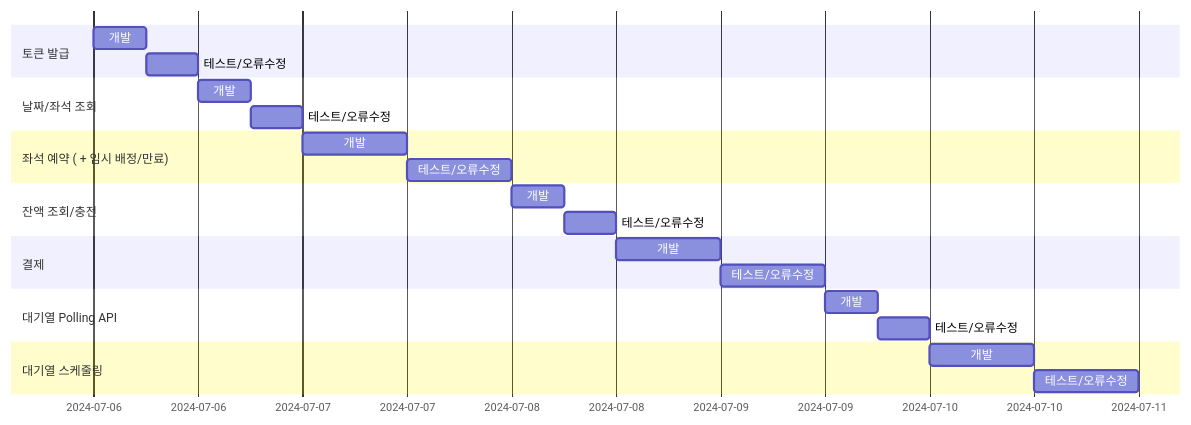
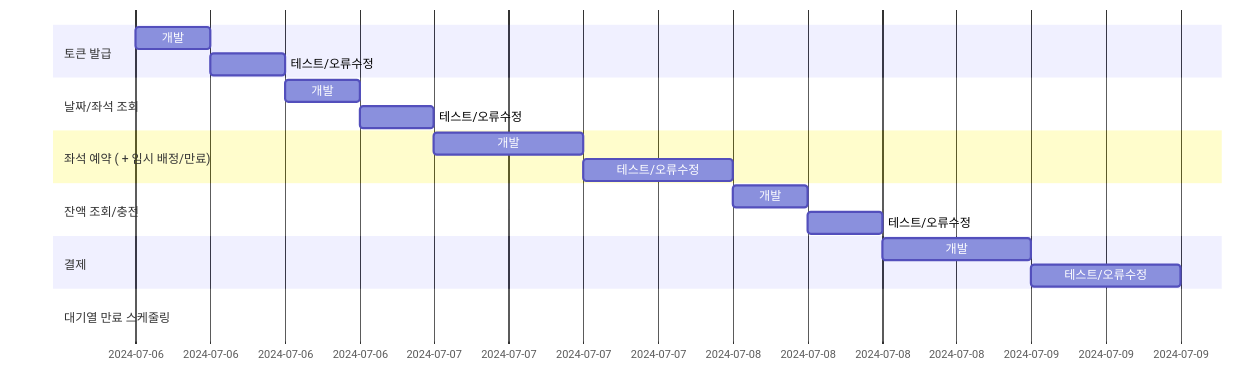
Before and after one commit to YoungWonBackendStudy/HHPlus-Concert-Reservation: diagram 11 of 13 in README.md, drawn with Mermaid. The commit also changed other lines of this file, not shown here.

````diff
--- a/README.md
+++ b/README.md
@@ -201,26 +197,23 @@
 ```mermaid
 gantt
 dateFormat YYYY-MM-DD
 
 Section 토큰 발급
     개발           : dev_get_tok, 2024-07-06, 6h
     테스트/오류수정 : test_get_tok, after dev_get_tok, 6h
 Section 날짜/좌석 조회
     개발           : dev_get_con, after test_get_tok, 6h
     테스트/오류수정 : test_get_con, after dev_get_con, 6h
 Section 좌석 예약 ( + 임시 배정/만료)
     개발           : dev_reserve, after test_get_con, 12h
     테스트/오류수정 : test_reserve, after dev_reserve, 12h
 Section 잔액 조회/충전
     개발           : dev_asset, after test_reserve, 6h
     테스트/오류수정 : test_asset, after dev_asset, 6h
 Section 결제
     개발           : dev_pay, after test_asset, 12h
     테스트/오류수정 : test_pay, after dev_pay, 12h
-Section 대기열 Polling API
-    개발           : dev_tok_val, after test_pay, 6h
-    테스트/오류수정 : test_tok_val, after dev_tok_val, 6h
-Section 대기열 스케줄링
+Section 대기열 만료 스케줄링
     개발           : dev_waiting_sch, after test_tok_val, 12h
     테스트/오류수정 : test_waiting_sch, after dev_waiting_sch, 12h
 ```
````
